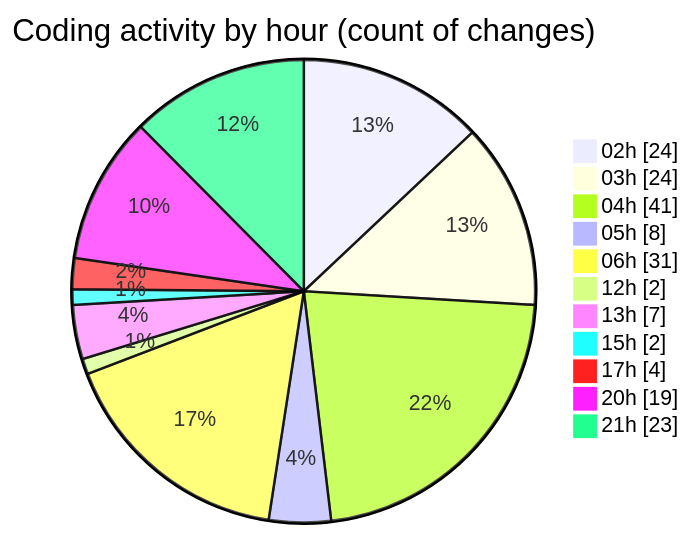
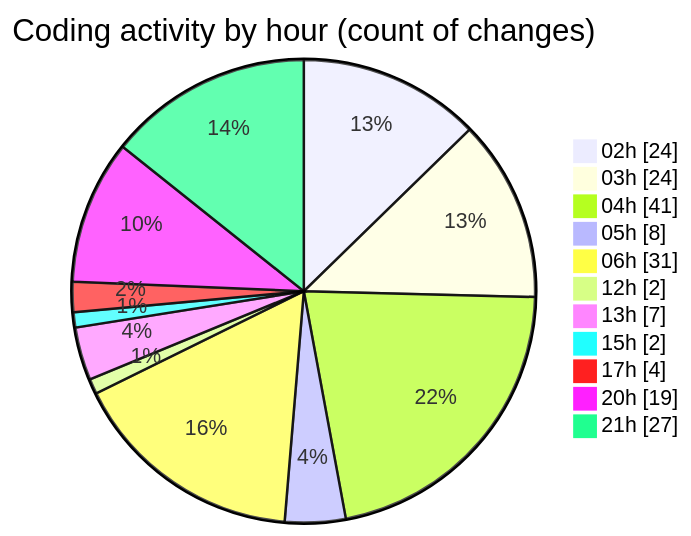
One commit to lephambinh05/code-tracking changed the second of 2 diagrams in 2025-07-23/quanlyrapchieuphim/README.md. Above: the diagram before and after it, drawn with Mermaid. The commit also changed other lines of this file and 1 other file, not shown here.

````diff
--- a/2025-07-23/quanlyrapchieuphim/README.md
+++ b/2025-07-23/quanlyrapchieuphim/README.md
@@ -44,15 +44,15 @@
 ```mermaid
 pie showData
 title Coding activity by hour (count of changes)
 "02h" : 24
 "03h" : 24
 "04h" : 41
 "05h" : 8
 "06h" : 31
 "12h" : 2
 "13h" : 7
 "15h" : 2
 "17h" : 4
 "20h" : 19
-"21h" : 23
+"21h" : 27
 ```
````
